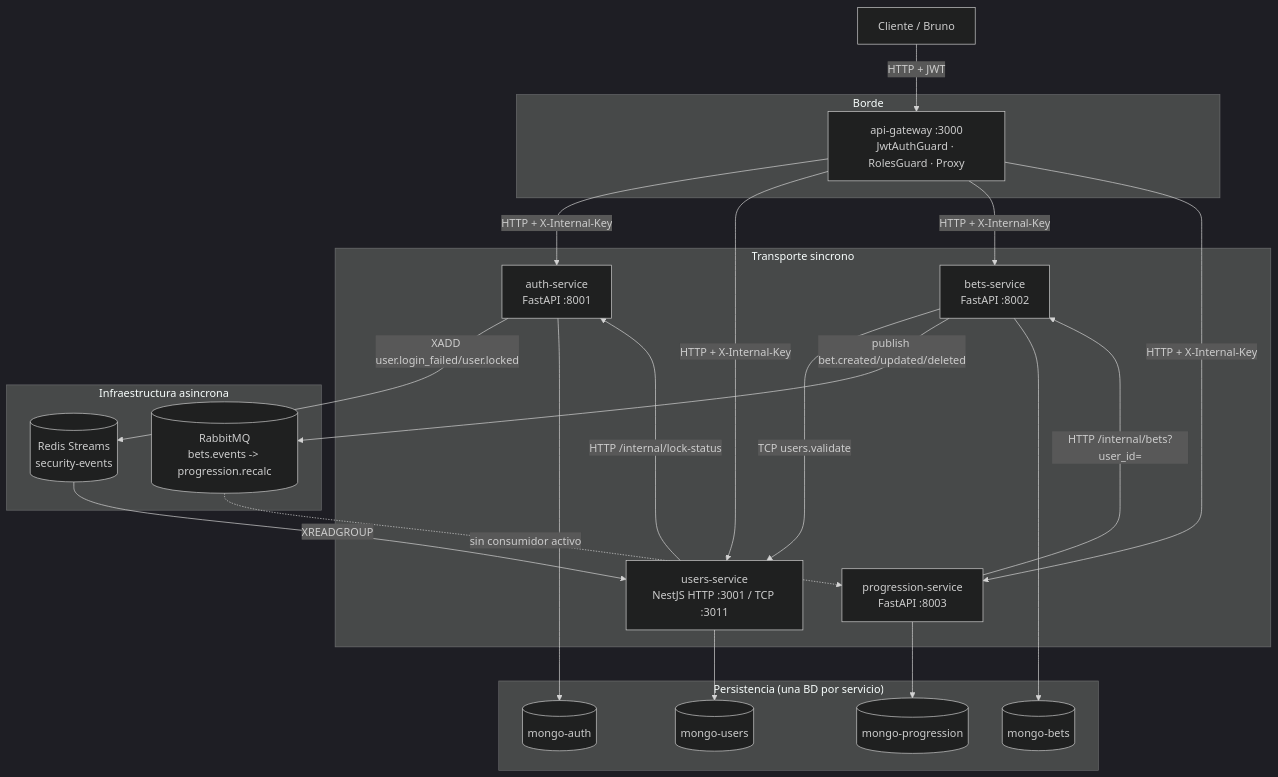
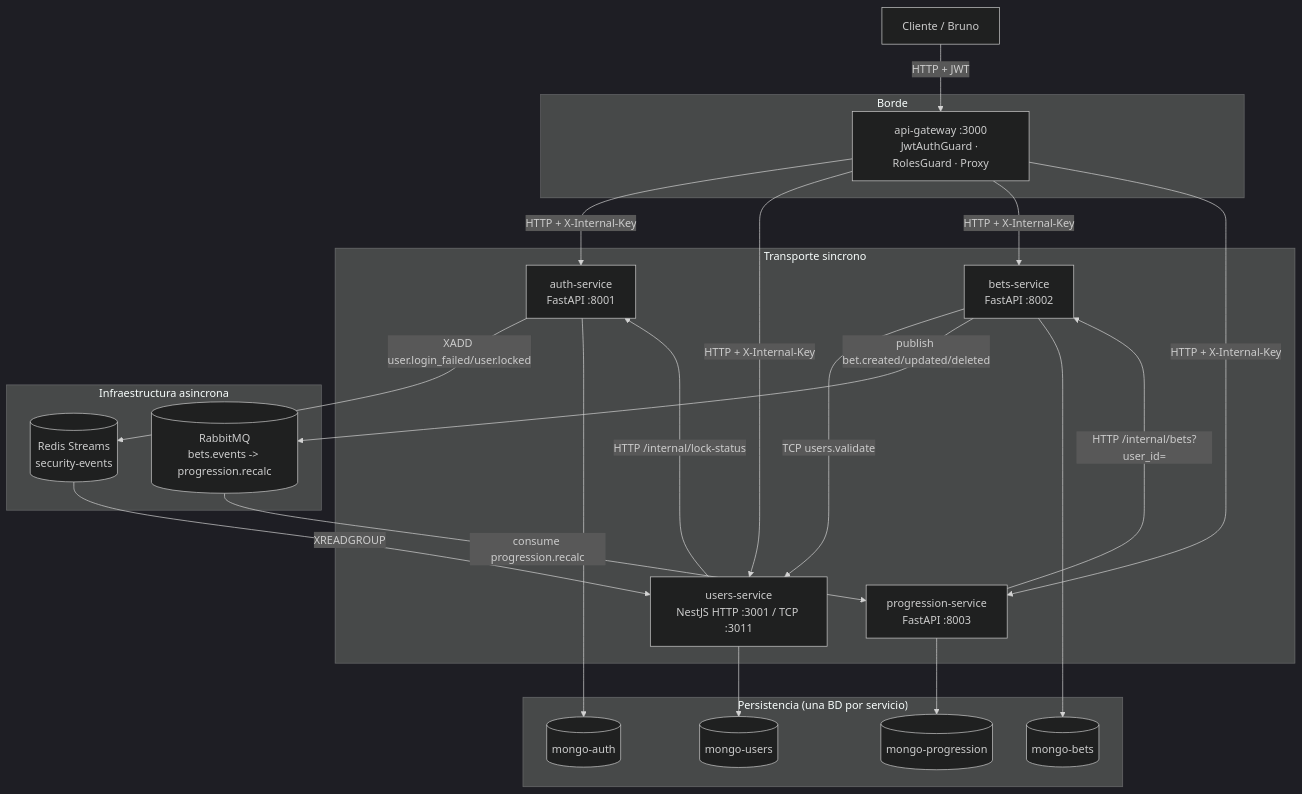
The second of 2 diagrams in README.md (Saint-Roche-Microsystems/Fijazo-Horrrocruxes-SRMC), drawn with Mermaid (dark theme) before and after one commit. The commit also changed other lines of this file and 6 other files, not shown here.

````diff
--- a/README.md
+++ b/README.md
@@ -241,48 +244,48 @@
 ```mermaid
 graph TB
     Cliente["Cliente / Bruno"]
 
     subgraph Edge["Borde"]
         GW["api-gateway :3000<br/>JwtAuthGuard · RolesGuard · Proxy"]
     end
 
     subgraph Sync["Transporte sincrono"]
         Auth["auth-service<br/>FastAPI :8001"]
         Users["users-service<br/>NestJS HTTP :3001 / TCP :3011"]
         Bets["bets-service<br/>FastAPI :8002"]
         Prog["progression-service<br/>FastAPI :8003"]
     end
 
     subgraph Async["Infraestructura asincrona"]
         Redis[("Redis Streams<br/>security-events")]
         MQ[("RabbitMQ<br/>bets.events -> progression.recalc")]
     end
 
     subgraph Data["Persistencia (una BD por servicio)"]
         MAuth[("mongo-auth")]
         MUsers[("mongo-users")]
         MBets[("mongo-bets")]
         MProg[("mongo-progression")]
     end
 
     Cliente -->|HTTP + JWT| GW
     GW -->|HTTP + X-Internal-Key| Auth
     GW -->|HTTP + X-Internal-Key| Users
     GW -->|HTTP + X-Internal-Key| Bets
     GW -->|HTTP + X-Internal-Key| Prog
 
     Bets -->|TCP users.validate| Users
     Users -->|HTTP /internal/lock-status| Auth
     Prog -->|HTTP /internal/bets?user_id=| Bets
 
     Auth -->|XADD user.login_failed/user.locked| Redis
     Redis -->|XREADGROUP| Users
 
     Bets -->|publish bet.created/updated/deleted| MQ
-    MQ -.->|sin consumidor activo| Prog
+    MQ -->|consume progression.recalc| Prog
 
     Auth --> MAuth
     Users --> MUsers
     Bets --> MBets
     Prog --> MProg
 ```
````
